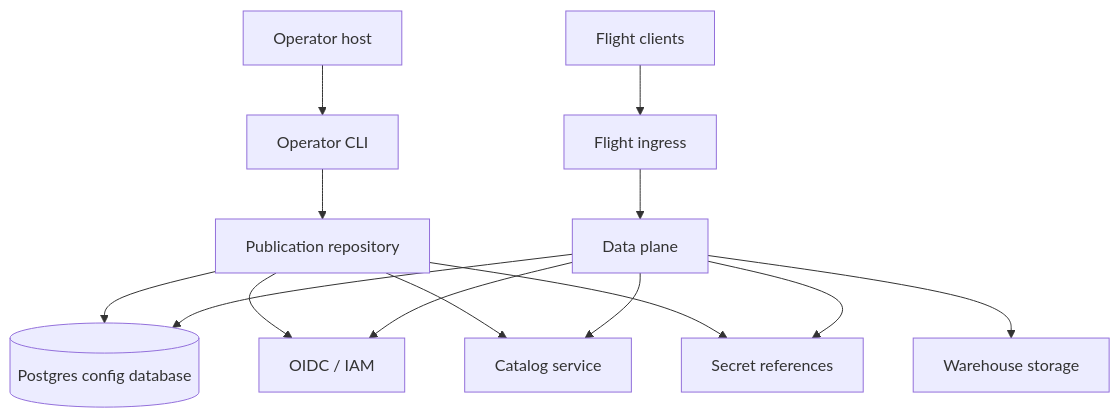
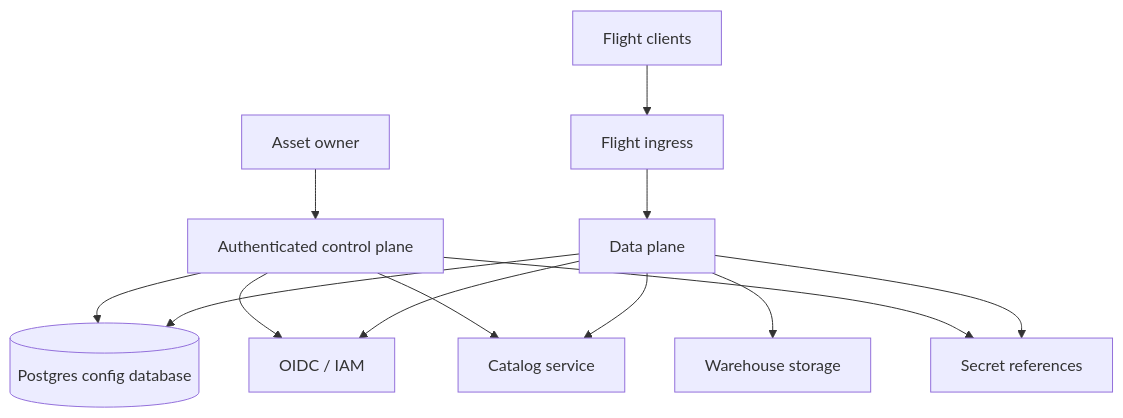
One commit to snithish/dal-obscura changed the first of 2 diagrams in docs/operators.md. Above: the diagram before and after it, drawn with Mermaid. The commit also changed other lines of this file and 174 other files, not shown here.

````diff
--- a/docs/operators.md
+++ b/docs/operators.md
@@ -21,18 +20,17 @@
 ```mermaid
 flowchart TB
-    operator["Operator host"] --> cli["Operator CLI"]
+    owner["Asset owner"] --> cp["Authenticated control plane"]
     clients["Flight clients"] --> flight_ingress["Flight ingress"]
 
-    cli --> cp["Publication repository"]
     flight_ingress --> dp["Data plane"]
 
     cp --> db[("Postgres config database")]
     dp --> db
     cp --> idp["OIDC / IAM"]
     dp --> idp
     cp --> catalog["Catalog service"]
     dp --> catalog
     dp --> storage["Warehouse storage"]
     cp --> secrets["Secret references"]
     dp --> secrets
 ```
````
